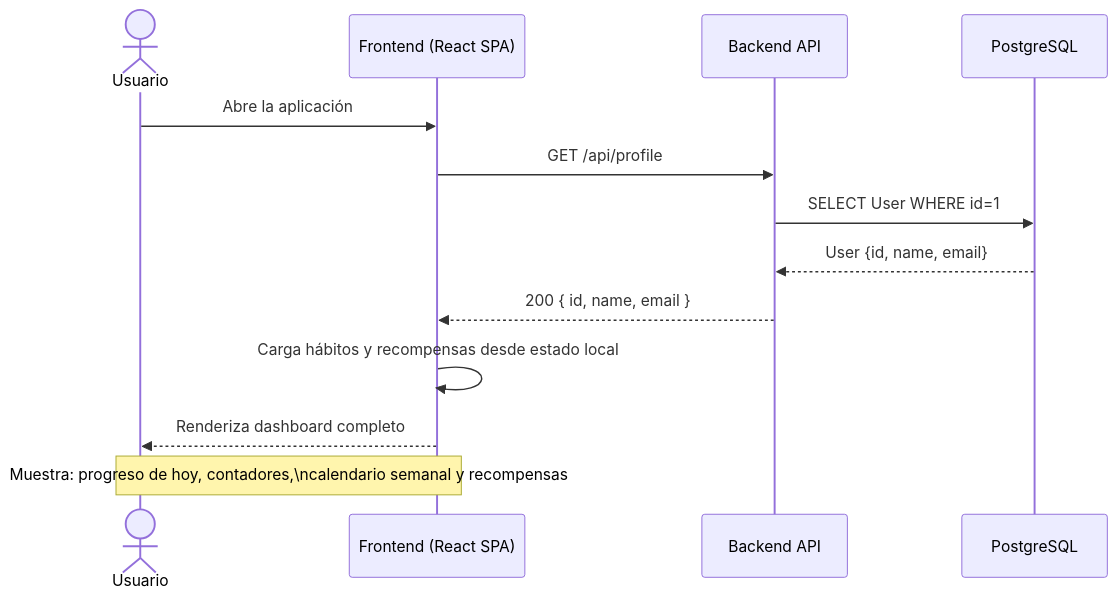
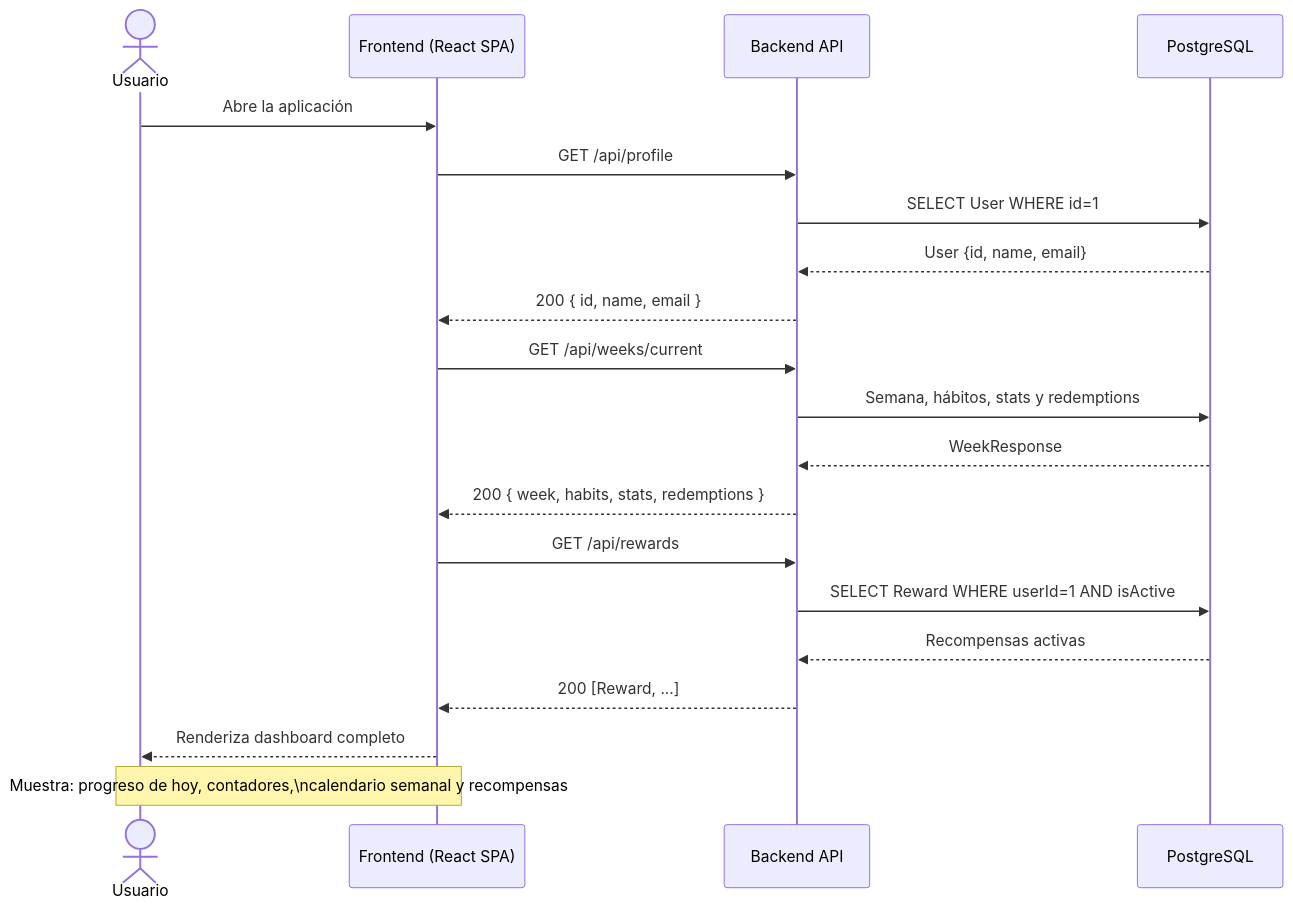
Before and after one commit to isaacmvimv/AI4Devs-finalproject-IMV: the second of 16 diagrams in docs/prd.md, drawn with Mermaid. The commit also changed other lines of this file and 61 other files, not shown here.

````diff
--- a/docs/prd.md
+++ b/docs/prd.md
@@ -228,16 +232,23 @@
 ```mermaid
 sequenceDiagram
   actor U as Usuario
   participant SPA as Frontend (React SPA)
   participant API as Backend API
   participant DB as PostgreSQL
 
   U->>SPA: Abre la aplicación
   SPA->>API: GET /api/profile
   API->>DB: SELECT User WHERE id=1
   DB-->>API: User {id, name, email}
   API-->>SPA: 200 { id, name, email }
-  SPA->>SPA: Carga hábitos y recompensas desde estado local
+  SPA->>API: GET /api/weeks/current
+  API->>DB: Semana, hábitos, stats y redemptions
+  DB-->>API: WeekResponse
+  API-->>SPA: 200 { week, habits, stats, redemptions }
+  SPA->>API: GET /api/rewards
+  API->>DB: SELECT Reward WHERE userId=1 AND isActive
+  DB-->>API: Recompensas activas
+  API-->>SPA: 200 [Reward, ...]
   SPA-->>U: Renderiza dashboard completo
   note over SPA,U: Muestra: progreso de hoy, contadores,\ncalendario semanal y recompensas
 ```
````
